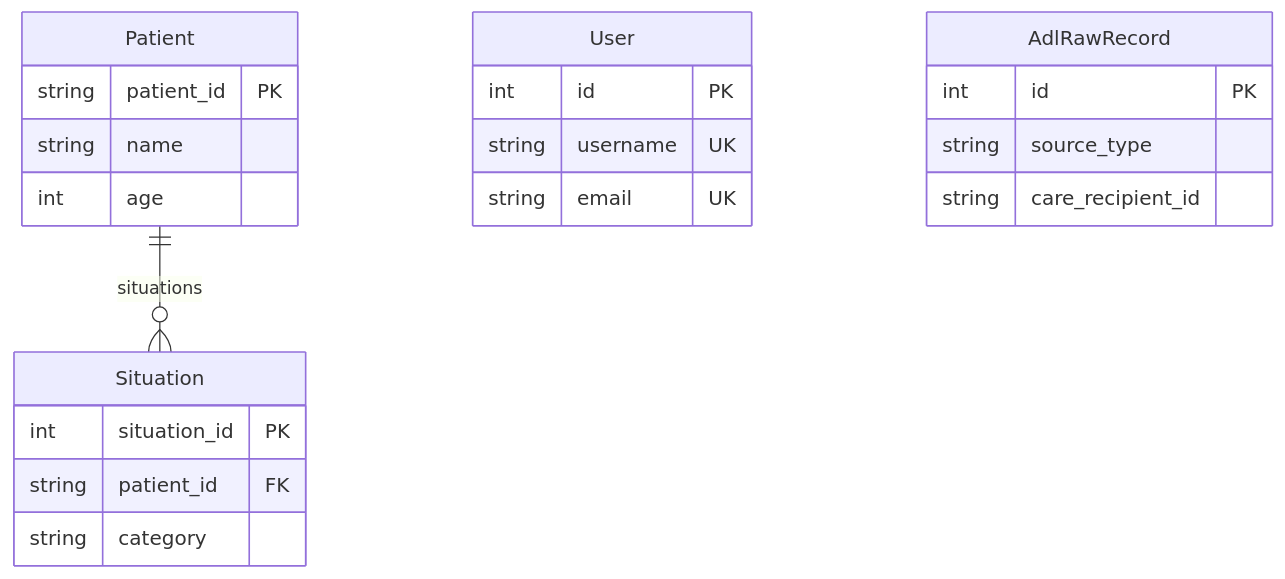
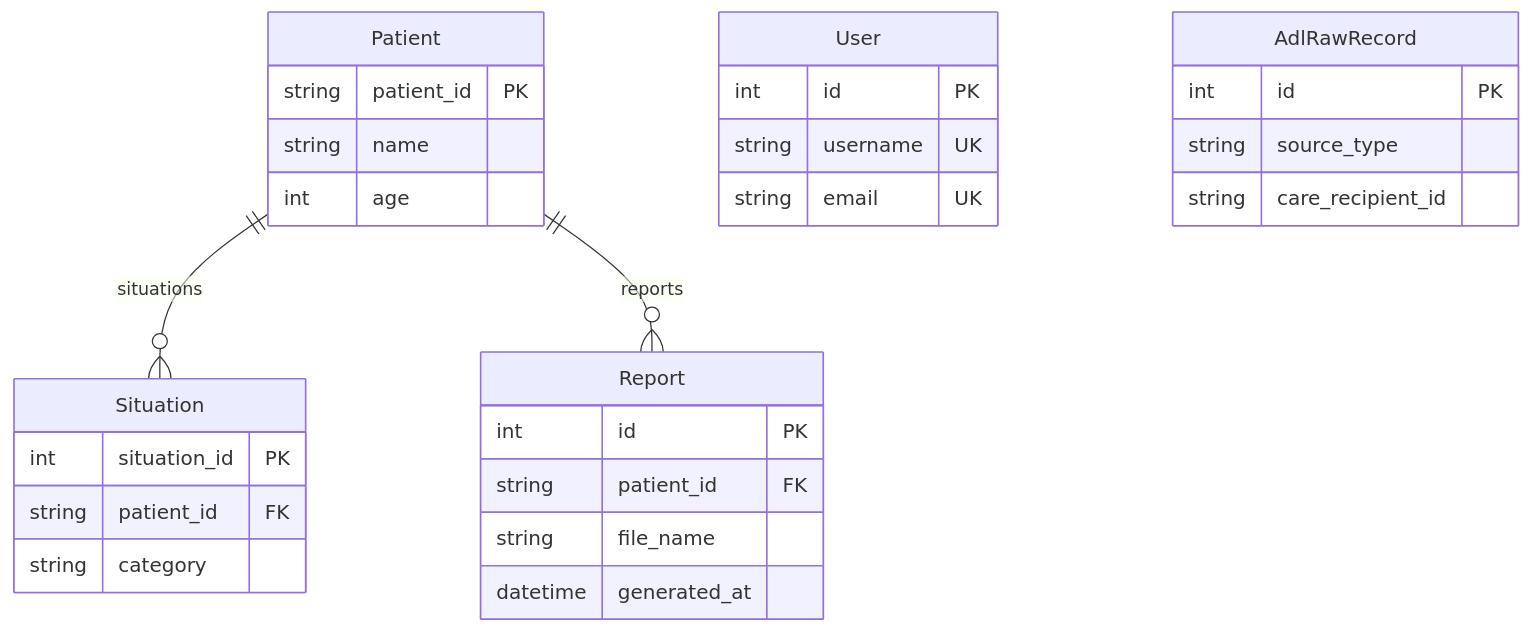
One commit to greenrain78/salpyeobom-backend changed the diagram in docs/database-schema.md. Above: the diagram before and after it, drawn with Mermaid. The commit also changed other lines of this file and 39 other files, not shown here.

````diff
--- a/docs/database-schema.md
+++ b/docs/database-schema.md
@@ -38,25 +39,32 @@
 ```mermaid
 erDiagram
     Patient ||--o{ Situation : "situations"
+    Patient ||--o{ Report : "reports"
 
     User {
         int id PK
         string username UK
         string email UK
     }
     Patient {
         string patient_id PK
         string name
         int age
     }
     Situation {
         int situation_id PK
         string patient_id FK
         string category
     }
+    Report {
+        int id PK
+        string patient_id FK
+        string file_name
+        datetime generated_at
+    }
     AdlRawRecord {
         int id PK
         string source_type
         string care_recipient_id
     }
 ```
````
